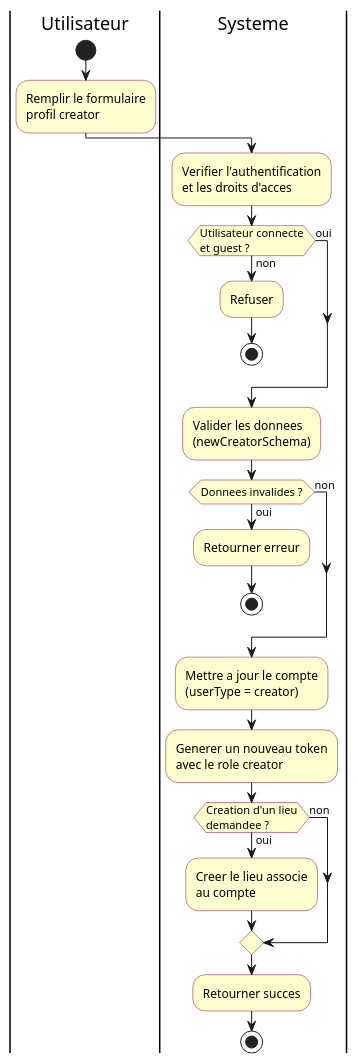
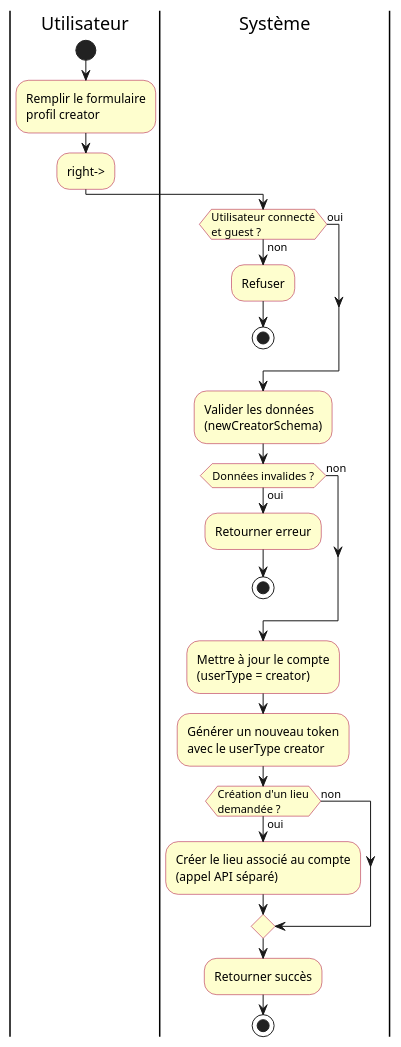
The diagram in diagrams/creator-account-activity.puml (Nikitasgit/leafymap_backend), drawn with PlantUML before and after one commit. The commit also changed 48 other files, not shown here.

```diff
--- a/diagrams/creator-account-activity.puml
+++ b/diagrams/creator-account-activity.puml
@@ -1,40 +1,40 @@
 @startuml
 !pragma layout smetana
+!pragma useVerticalIf off
 
 skinparam shadowing false
 skinparam activityBackgroundColor #FEFECE
 skinparam activityBorderColor #A80036
 
 |Utilisateur|
 start
 :Remplir le formulaire\nprofil creator;
+-right->
 
-|Systeme|
-:Verifier l'authentification\net les droits d'acces;
-
-if (Utilisateur connecte\net guest ?) then (non)
+|Système|
+if (Utilisateur connecté\net guest ?) then (non)
   :Refuser;
   stop
 else (oui)
 endif
 
-:Valider les donnees\n(newCreatorSchema);
+:Valider les données\n(newCreatorSchema);
 
-if (Donnees invalides ?) then (oui)
+if (Données invalides ?) then (oui)
   :Retourner erreur;
   stop
 else (non)
 endif
 
-:Mettre a jour le compte\n(userType = creator);
-:Generer un nouveau token\navec le role creator;
+:Mettre à jour le compte\n(userType = creator);
+:Générer un nouveau token\navec le userType creator;
 
-if (Creation d'un lieu\ndemandee ?) then (oui)
-  :Creer le lieu associe\nau compte;
+if (Création d'un lieu\ndemandée ?) then (oui)
+  :Créer le lieu associé au compte\n(appel API séparé);
 else (non)
 endif
 
-:Retourner succes;
+:Retourner succès;
 stop
 
 @enduml
```
